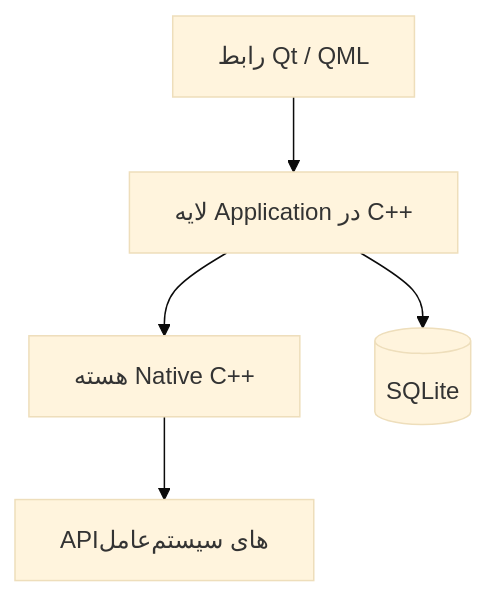
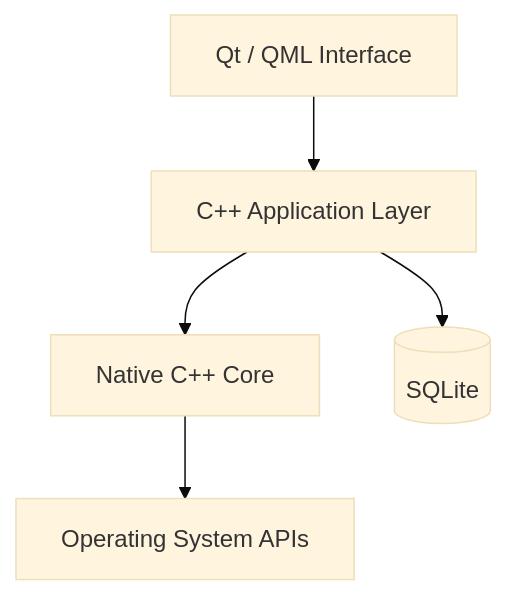
The first of 2 diagrams in README.fa.md (VoidOne-App/VoidOne), drawn with Mermaid (base theme) before and after one commit. The commit also changed other lines of this file, not shown here.

````diff
--- a/README.fa.md
+++ b/README.fa.md
@@ -750,13 +767,13 @@
 ```mermaid
 flowchart TB
-    UI["رابط Qt / QML"]
-    APP["لایه Application در C++"]
-    CORE["هسته Native C++"]
+    UI["Qt / QML Interface"]
+    APP["C++ Application Layer"]
+    CORE["Native C++ Core"]
     DB[("SQLite")]
-    OS["APIهای سیستم‌عامل"]
+    OS["Operating System APIs"]
 
     UI --> APP
     APP --> CORE
     APP --> DB
     CORE --> OS
 ```
````
